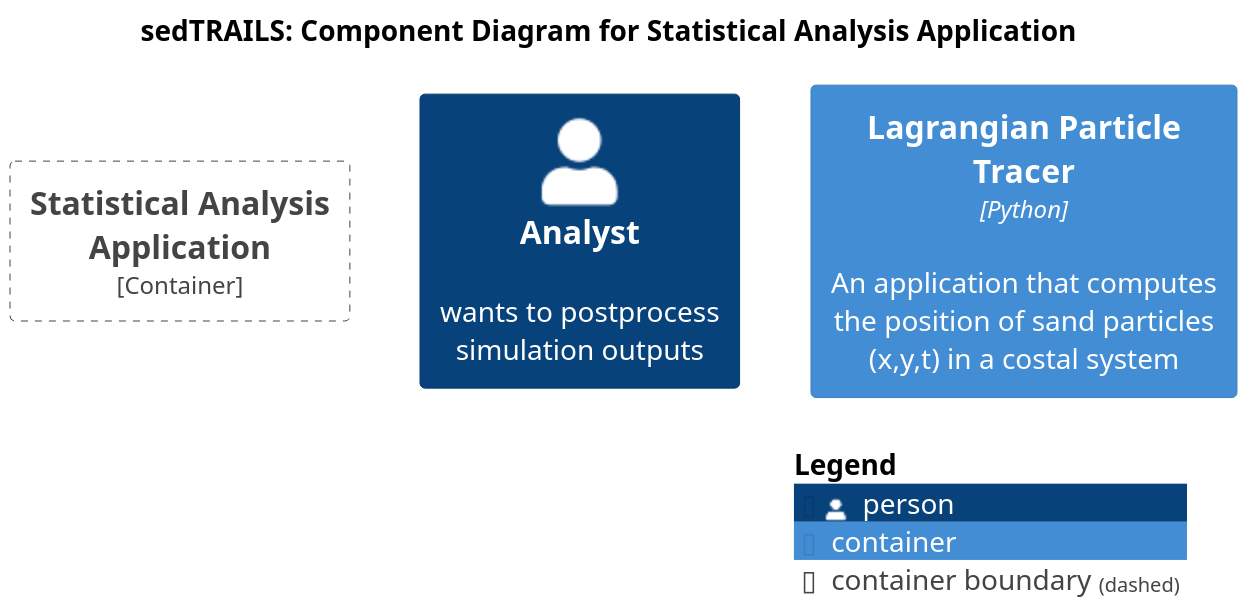
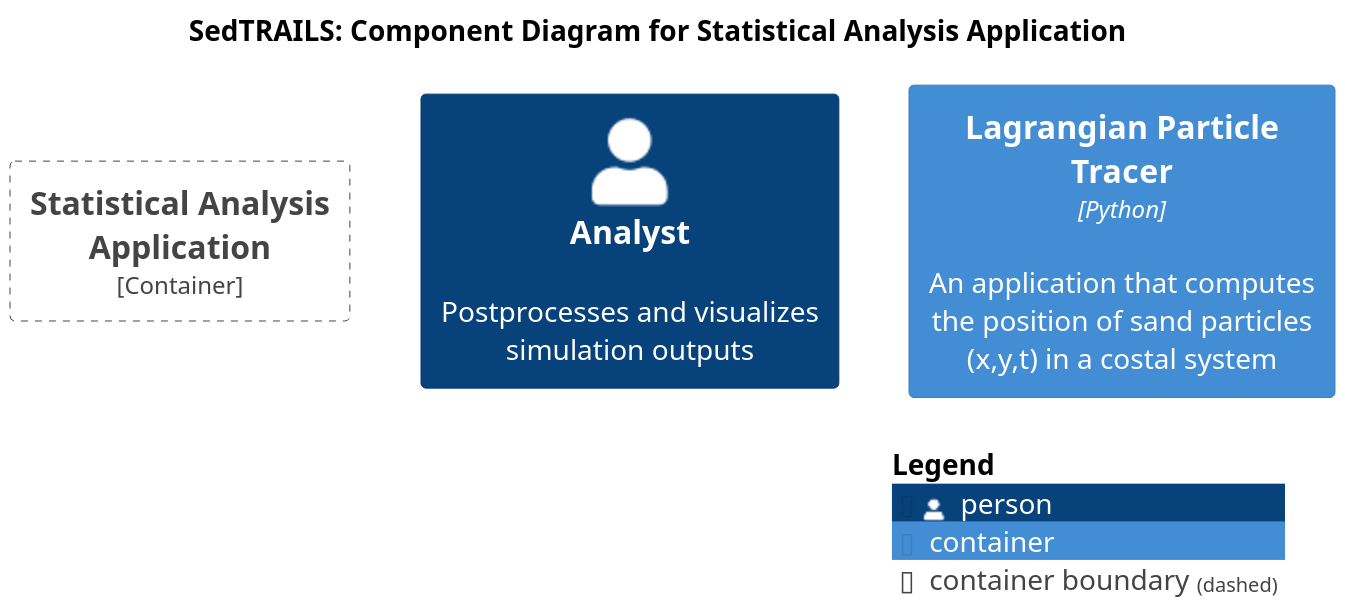
Before and after one commit to sgpearson17/sedtrails-sgp: the diagram in diagrams/componets-stats-app.puml, drawn with PlantUML. The commit also changed 5 other files, not shown here.

Commit message:
Update diagrams to fix typos and language

```diff
--- a/diagrams/componets-stats-app.puml
+++ b/diagrams/componets-stats-app.puml
@@ -1,23 +1,23 @@
 @startuml SedtrailComponentsStatsAnalysis
 !include ./c4/C4_Component.puml
 ' !theme C4_sandstone from ./c4/themes
 
 
 ' LAYOUT_LANDSCAPE()
 
-title sedTRAILS: Component Diagram for Statistical Analysis Application
+title SedTRAILS: Component Diagram for Statistical Analysis Application
 scale 2
 
 AddElementTag("review", $bgColor="lightred", $fontColor="red", $borderColor="red")
 
-Person(modeler, "Analyst", "wants to postprocess simulation outputs")
+Person(analyst, "Analyst", "Postprocesses and visualizes simulation outputs")
 
 Container_Boundary(connectivityNet, "Statistical Analysis Application"){
     
 }
     
 Container(sedtrailsTracer, "Lagrangian Particle Tracer", "Python", "An application that computes the position of sand particles (x,y,t) in a costal system")
 
 
 SHOW_LEGEND()
 @enduml
```
